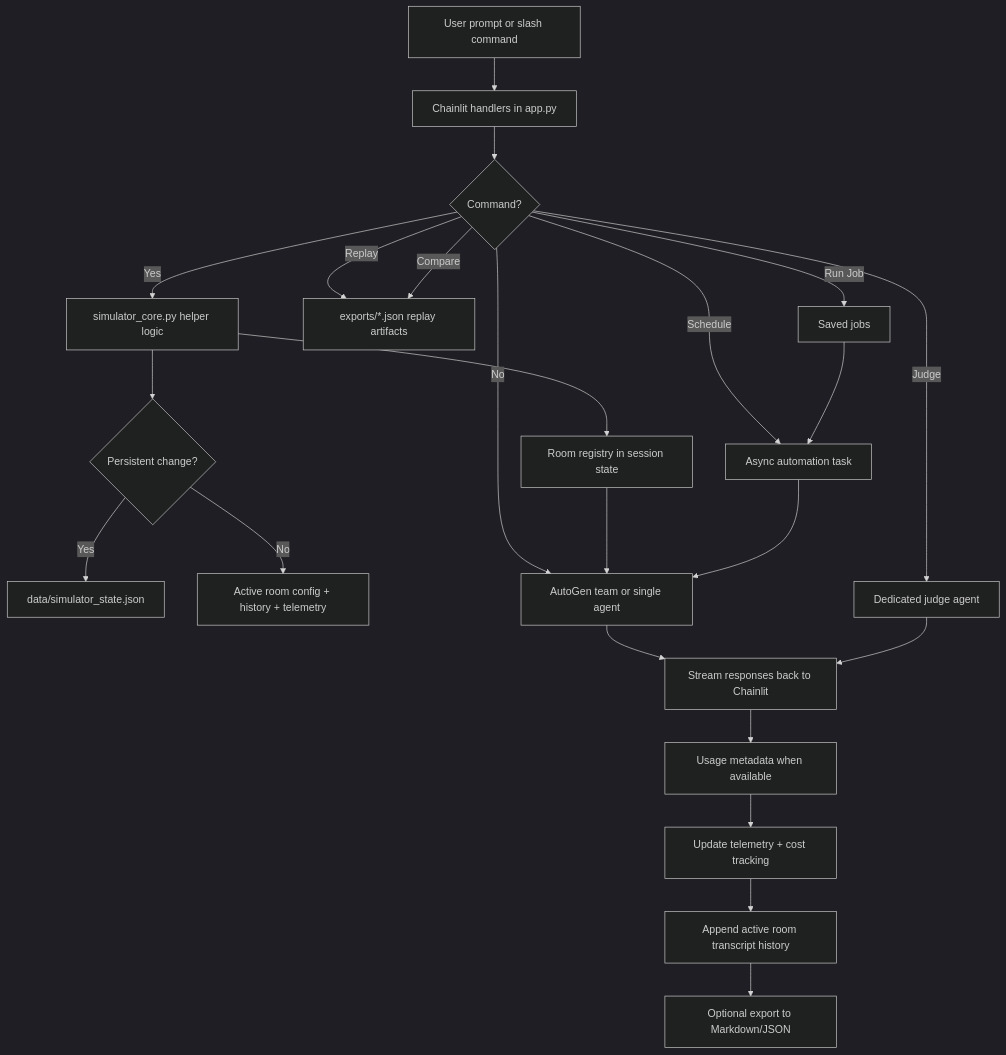
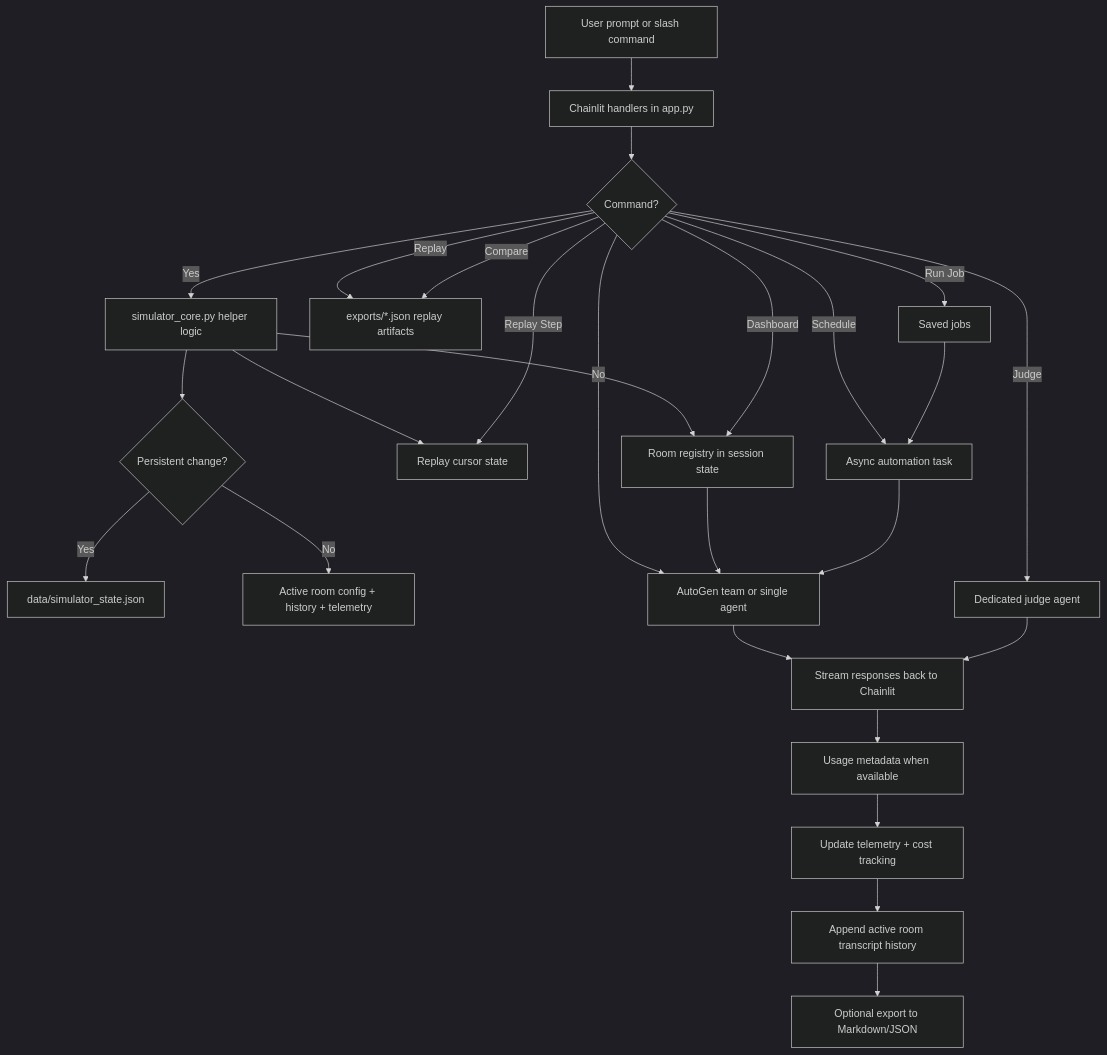
One commit to robertpelloni/agentirc changed the diagram in docs/ai/design/simulator-operations.md. Above: the diagram before and after it, drawn with Mermaid (dark theme). The commit also changed other lines of this file and 10 other files, not shown here.

````diff
--- a/docs/ai/design/simulator-operations.md
+++ b/docs/ai/design/simulator-operations.md
@@ -52,25 +62,28 @@
 ```mermaid
 flowchart TD
     User[User prompt or slash command] --> CL[Chainlit handlers in app.py]
     CL --> Cmd{Command?}
     Cmd -- Yes --> Core[simulator_core.py helper logic]
     Core --> Rooms[Room registry in session state]
+    Core --> ReplayState[Replay cursor state]
     Core --> Persist{Persistent change?}
     Persist -- Yes --> State[data/simulator_state.json]
     Persist -- No --> Session[Active room config + history + telemetry]
     Cmd -- Replay --> Exports[exports/*.json replay artifacts]
+    Cmd -- Replay Step --> ReplayState
     Cmd -- Compare --> Exports
+    Cmd -- Dashboard --> Rooms
     Cmd -- Schedule --> Task[Async automation task]
     Cmd -- Run Job --> Jobs[Saved jobs]
     Cmd -- Judge --> Judge[Dedicated judge agent]
     Cmd -- No --> Team[AutoGen team or single agent]
     Rooms --> Team
     Jobs --> Task
     Task --> Team
     Team --> Stream[Stream responses back to Chainlit]
     Judge --> Stream
     Stream --> Usage[Usage metadata when available]
     Usage --> Telemetry[Update telemetry + cost tracking]
     Telemetry --> History[Append active room transcript history]
     History --> Export[Optional export to Markdown/JSON]
 ```
````
